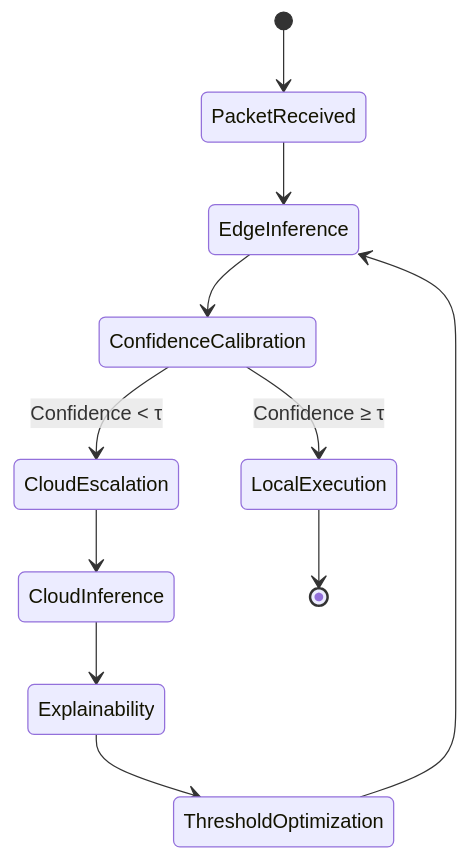
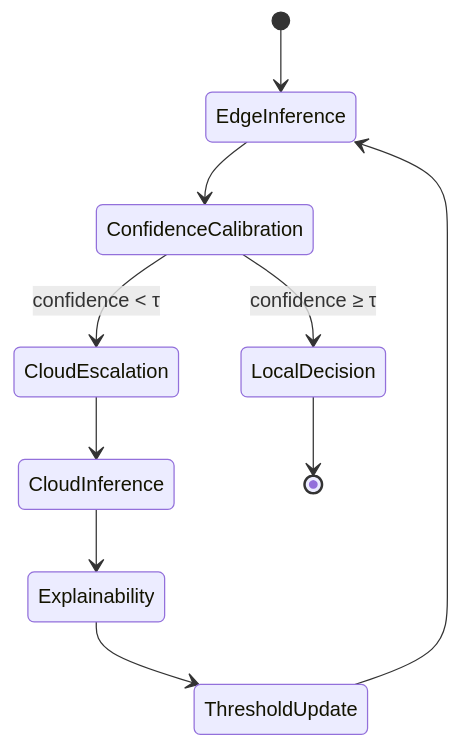
The third of 6 diagrams in README.md (AtharvaVavhal/aecids), drawn with Mermaid before and after one commit. The commit also changed other lines of this file, not shown here.

````diff
--- a/README.md
+++ b/README.md
@@ -1044,23 +229,12 @@
 ```mermaid
 stateDiagram-v2
-
-[*] --> PacketReceived
-
-PacketReceived --> EdgeInference
-
-EdgeInference --> ConfidenceCalibration
-
-ConfidenceCalibration --> LocalExecution : Confidence ≥ τ
-
-ConfidenceCalibration --> CloudEscalation : Confidence < τ
-
-CloudEscalation --> CloudInference
-
-CloudInference --> Explainability
-
-Explainability --> ThresholdOptimization
-
-ThresholdOptimization --> EdgeInference
-
-LocalExecution --> [*]
+    [*] --> EdgeInference
+    EdgeInference --> ConfidenceCalibration
+    ConfidenceCalibration --> LocalDecision: confidence ≥ τ
+    ConfidenceCalibration --> CloudEscalation: confidence < τ
+    CloudEscalation --> CloudInference
+    CloudInference --> Explainability
+    Explainability --> ThresholdUpdate
+    ThresholdUpdate --> EdgeInference
+    LocalDecision --> [*]
 ```
````
